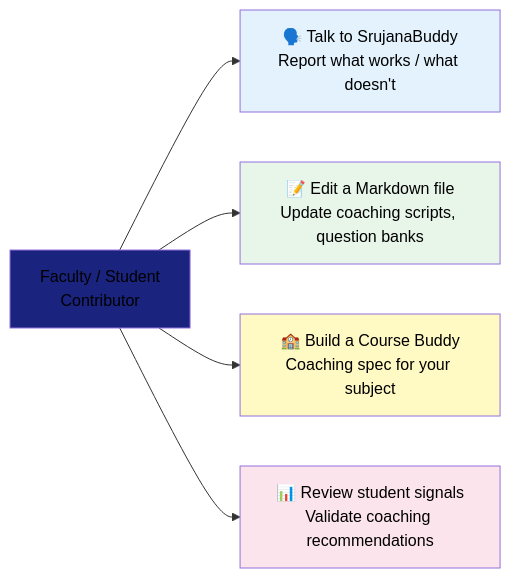
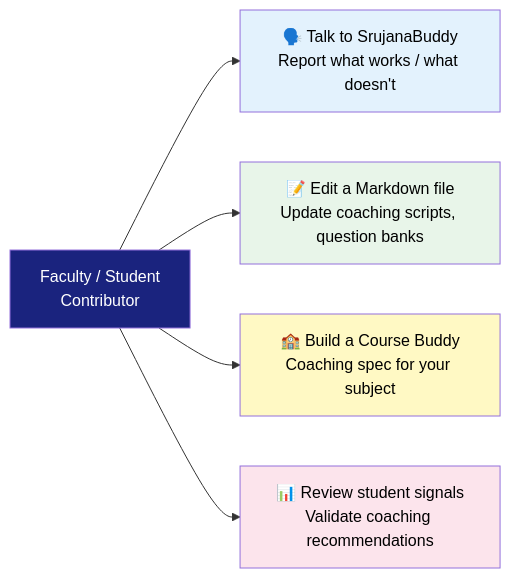
Before and after one commit to sanchitnis/SrujanaBuddy: diagram 14 of 15 in review/srujanabuddy-leadership-demo-v1.0.md, drawn with Mermaid. The commit also changed other lines of this file and 4 other files, not shown here.

````diff
--- a/review/srujanabuddy-leadership-demo-v1.0.md
+++ b/review/srujanabuddy-leadership-demo-v1.0.md
@@ -621,13 +621,13 @@
 ```mermaid
 flowchart LR
     F["Faculty / Student\nContributor"] --> C1["🗣️ Talk to SrujanaBuddy\nReport what works / what doesn't"]
     F --> C2["📝 Edit a Markdown file\nUpdate coaching scripts, question banks"]
     F --> C3["🏫 Build a Course Buddy\nCoaching spec for your subject"]
     F --> C4["📊 Review student signals\nValidate coaching recommendations"]
 
-    style F fill:#1a237e,color:#000
+    style F fill:#1a237e,color:#fff
     style C1 fill:#e3f2fd,color:#000
     style C2 fill:#e8f5e9,color:#000
     style C3 fill:#fff9c4,color:#000
     style C4 fill:#fce4ec,color:#000
 ```
````
